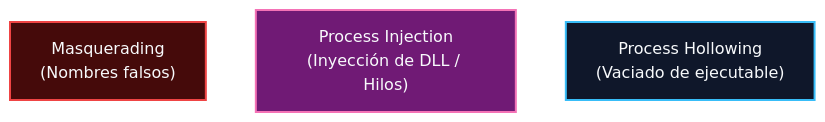
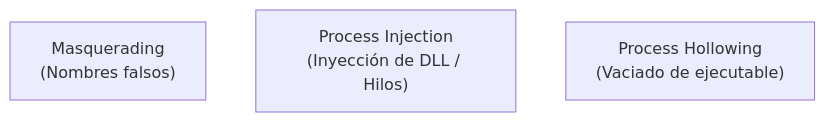
Before and after one commit to purpesec/Cybersecurity-For-Beginners: the fourth of 6 diagrams in malware-analysis/02-procesos-servicios-y-cuentas/README.md, drawn with Mermaid. The commit also changed other lines of this file and 4 other files, not shown here.

Commit message:
style: remover classDef y colores personalizados para usar estilo nativo estandar de Mermaid

````diff
--- a/malware-analysis/02-procesos-servicios-y-cuentas/README.md
+++ b/malware-analysis/02-procesos-servicios-y-cuentas/README.md
@@ -126,12 +113,8 @@
 ```mermaid
 flowchart LR
-    classDef t1 fill:#450a0a,stroke:#ef4444,stroke-width:2px,color:#f8fafc;
-    classDef t2 fill:#701a75,stroke:#f472b6,stroke-width:2px,color:#f8fafc;
-    classDef t3 fill:#0f172a,stroke:#38bdf8,stroke-width:2px,color:#f8fafc;
-
-    M1["Masquerading\n(Nombres falsos)"]:::t1
-    M2["Process Injection\n(Inyección de DLL / Hilos)"]:::t2
-    M3["Process Hollowing\n(Vaciado de ejecutable)"]:::t3
+    M1["Masquerading\n(Nombres falsos)"]
+    M2["Process Injection\n(Inyección de DLL / Hilos)"]
+    M3["Process Hollowing\n(Vaciado de ejecutable)"]
 
     M1 ~~~ M2 ~~~ M3
 ```
````
